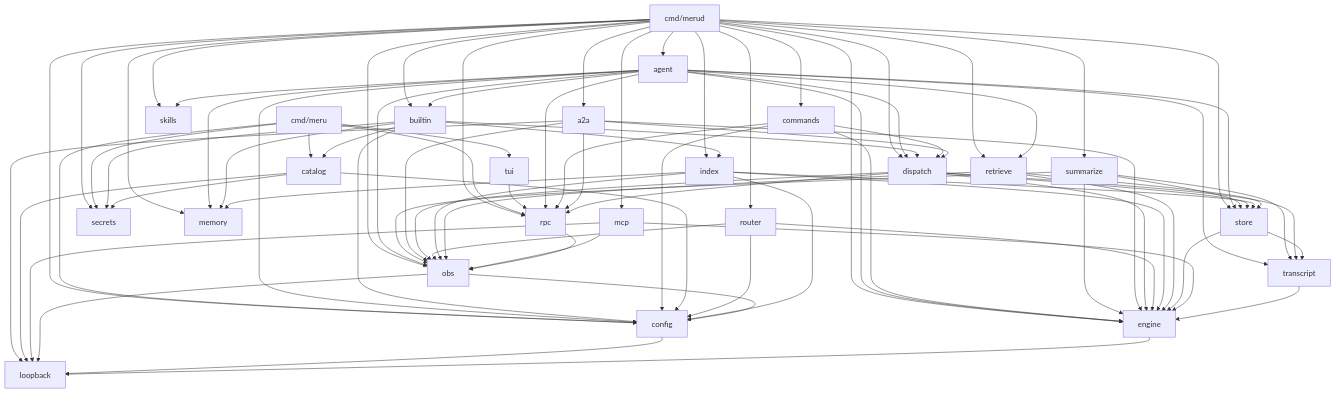
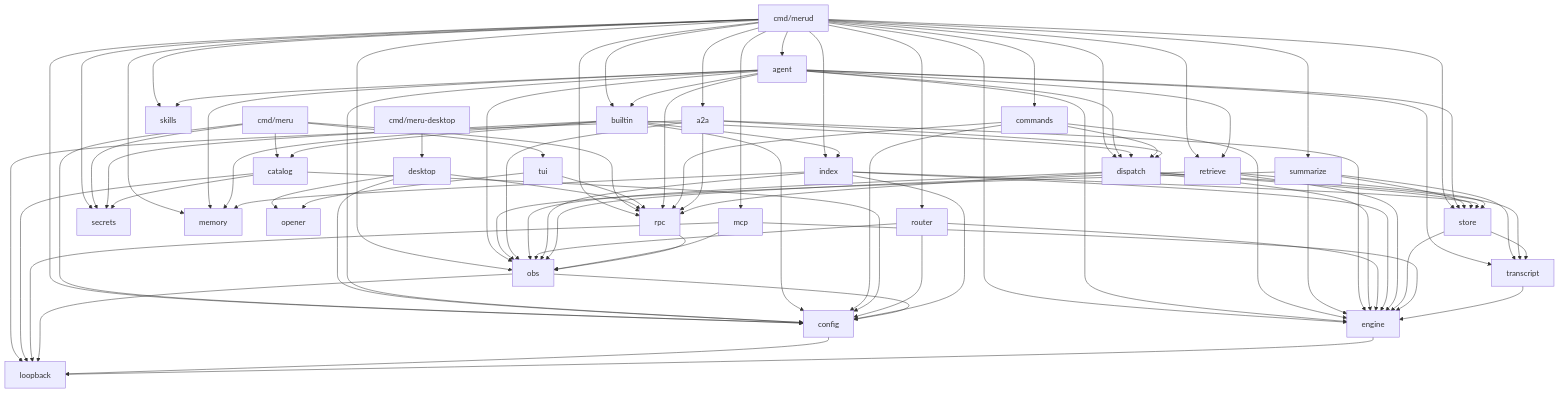
The first of 3 diagrams in docs/lld.md (aarora79/meru), drawn with Mermaid before and after one commit. The commit also changed other lines of this file and 49 other files, not shown here.

````diff
--- a/docs/lld.md
+++ b/docs/lld.md
@@ -70,27 +75,29 @@
 ```mermaid
 flowchart TD
     merud["cmd/merud"] --> agent & router & rpc & obs & engine & config
     merud --> index & retrieve & store
     merud --> dispatch & mcp & a2a & builtin & commands & secrets
     merud --> memory & skills & summarize
     meru["cmd/meru"] --> tui & rpc & config & catalog & secrets
-    tui --> rpc
+    desktopapp["cmd/meru-desktop"] --> desktop
+    desktop --> rpc & config & opener
+    tui --> rpc & opener
     agent --> dispatch & transcript & engine & rpc & obs & config & retrieve
     agent --> store & memory & skills & builtin
     builtin --> dispatch & catalog & secrets & config & memory & index
     commands --> dispatch & engine & rpc & config
     summarize --> store & engine & obs & transcript
     a2a --> dispatch & engine & rpc & obs & loopback
     dispatch --> store & transcript & engine & rpc & obs
     catalog --> config & secrets & loopback
     router --> engine & obs & config
     index --> store & engine & obs & config & memory
     retrieve --> store & engine & obs
     store --> transcript & engine
     mcp --> engine & obs & loopback
     transcript --> engine
     rpc --> obs
     obs --> config & loopback
     config --> loopback
     engine --> loopback
 ```
````
